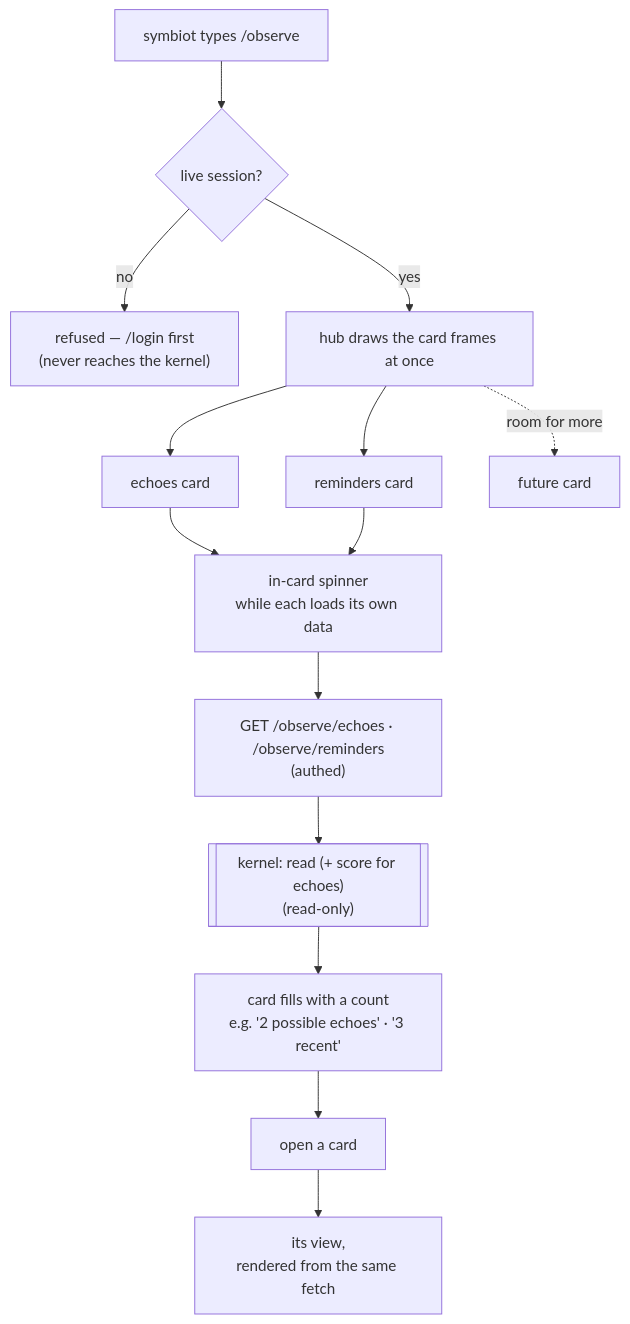
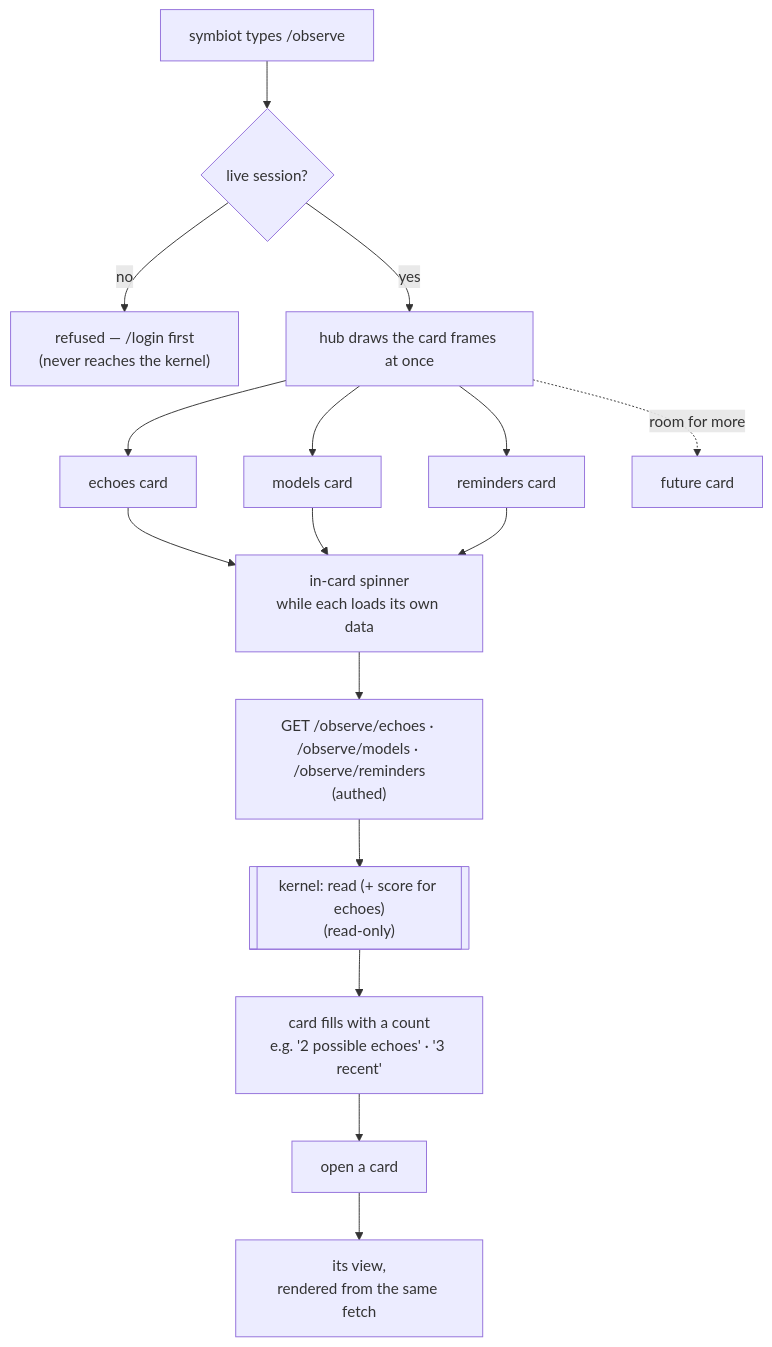
Before and after one commit to the-joy-com/kernel.os-joy.com: the first of 2 diagrams in doc/observability.md, drawn with Mermaid. The commit also changed other lines of this file and 13 other files, not shown here.

````diff
--- a/doc/observability.md
+++ b/doc/observability.md
@@ -13,16 +13,18 @@
 ```mermaid
 flowchart TD
     U["symbiot types /observe"] --> S{"live session?"}
     S -->|no| REF["refused — /login first<br/>(never reaches the kernel)"]
     S -->|yes| HUB["hub draws the card frames at once"]
     HUB --> C1["echoes card"]
-    HUB --> C2["reminders card"]
-    HUB -.->|room for more| C3["future card"]
+    HUB --> C2["models card"]
+    HUB --> C3["reminders card"]
+    HUB -.->|room for more| C4["future card"]
     C1 --> SPIN["in-card spinner<br/>while each loads its own data"]
     C2 --> SPIN
-    SPIN --> GET["GET /observe/echoes · /observe/reminders<br/>(authed)"]
+    C3 --> SPIN
+    SPIN --> GET["GET /observe/echoes · /observe/models · /observe/reminders<br/>(authed)"]
     GET --> KERNEL[["kernel: read (+ score for echoes)<br/>(read-only)"]]
     KERNEL --> SUM["card fills with a count<br/>e.g. '2 possible echoes' · '3 recent'"]
     SUM --> OPEN["open a card"]
     OPEN --> VIEW["its view,<br/>rendered from the same fetch"]
 ```
````
